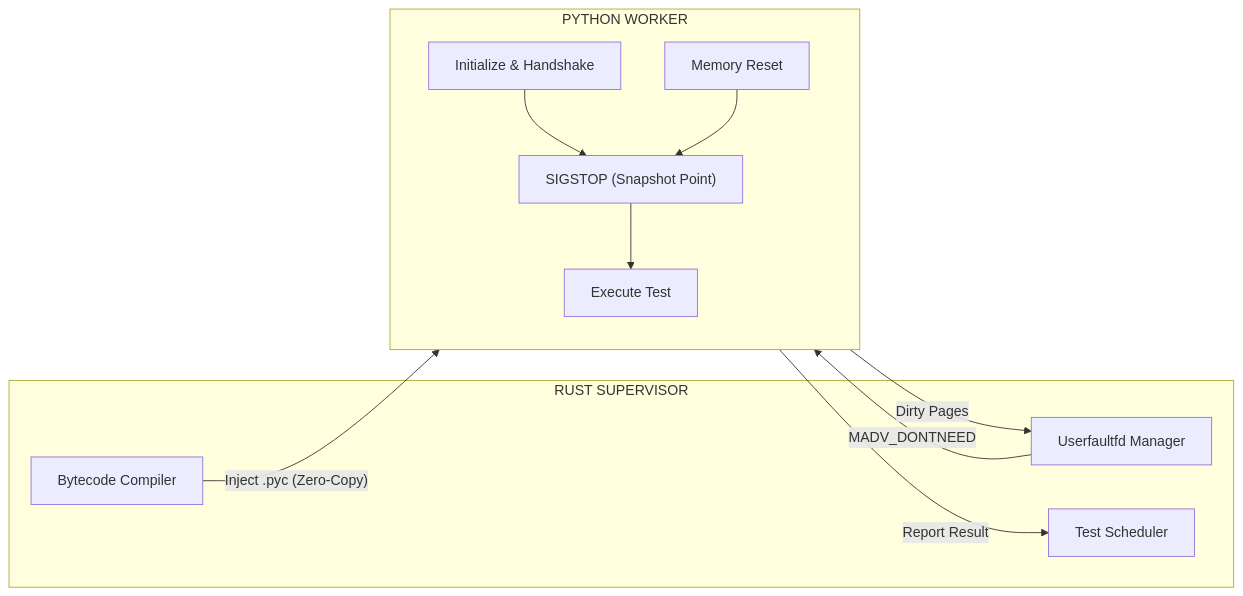
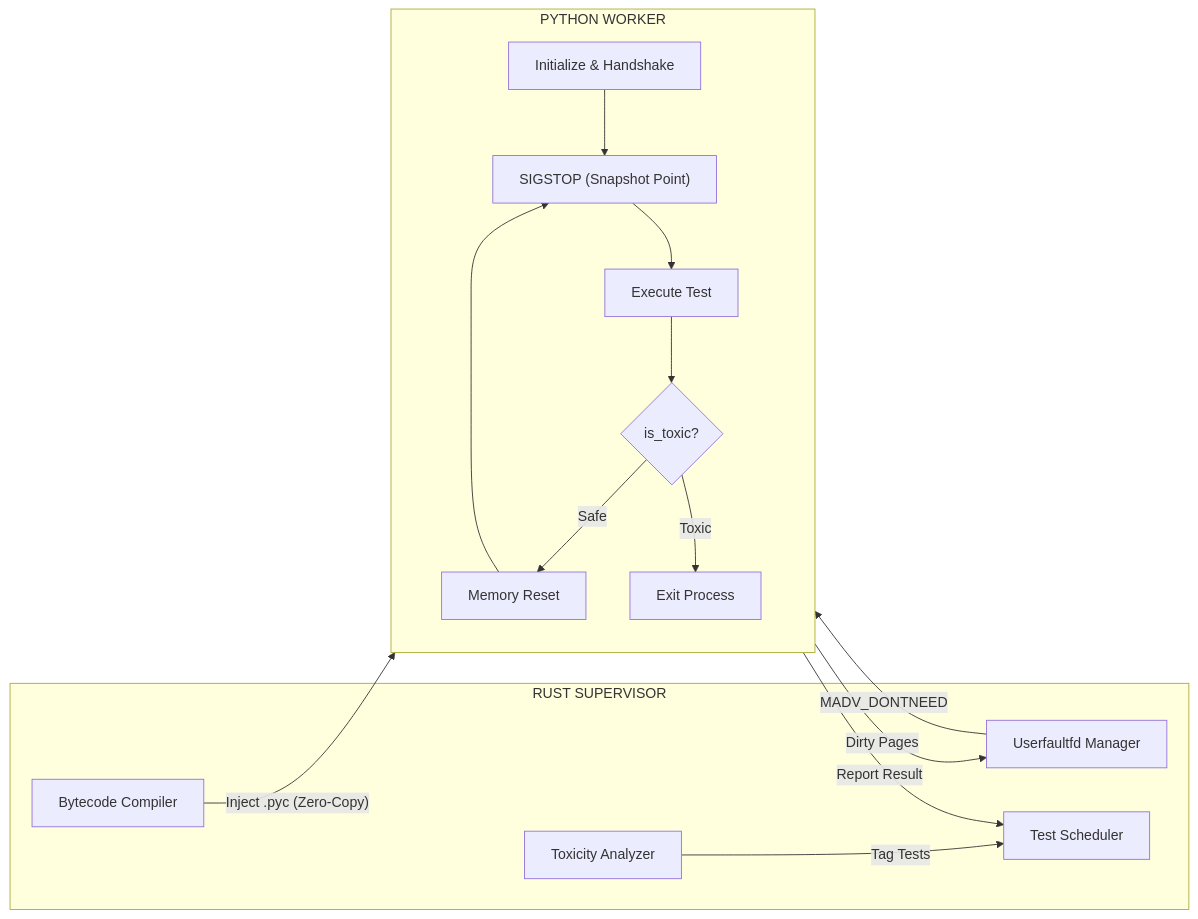
Before and after one commit to NikkeTryHard/tach-core: the first of 5 diagrams in README.md, drawn with Mermaid. The commit also changed other lines of this file and 20 other files, not shown here.

````diff
--- a/README.md
+++ b/README.md
@@ -92,24 +92,31 @@
 ```mermaid
 flowchart LR
     subgraph Supervisor["RUST SUPERVISOR"]
         Compiler["Bytecode Compiler"]
         Uffd["Userfaultfd Manager"]
         Scheduler["Test Scheduler"]
+        ToxicityGraph["Toxicity Analyzer"]
     end
 
     subgraph Worker["PYTHON WORKER"]
         direction TB
         Init["Initialize & Handshake"]
         Snapshot["SIGSTOP (Snapshot Point)"]
         Run["Execute Test"]
+        Decision{is_toxic?}
         Reset["Memory Reset"]
+        Exit["Exit Process"]
     end
 
     Compiler -->|"Inject .pyc (Zero-Copy)"| Init
+    ToxicityGraph -->|"Tag Tests"| Scheduler
     Init --> Snapshot
     Snapshot --> Run
     Run -->|"Report Result"| Scheduler
-    Run -->|"Dirty Pages"| Uffd
+    Run --> Decision
+    Decision -->|"Safe"| Reset
+    Decision -->|"Toxic"| Exit
+    Reset -->|"Dirty Pages"| Uffd
     Uffd -->|"MADV_DONTNEED"| Reset
     Reset --> Snapshot
 ```
````
